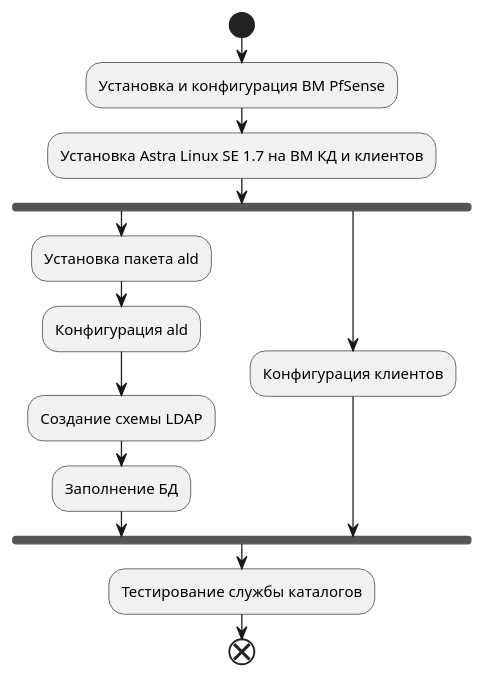
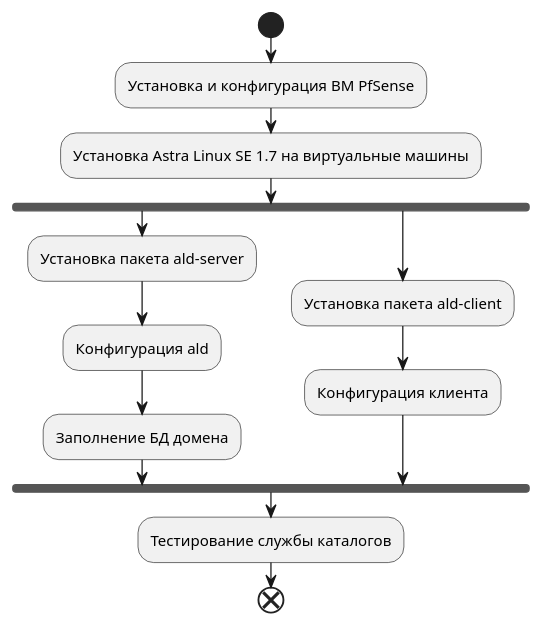
Before and after one commit to baksist/thesis-plantuml-diagrams: the diagram in model.puml, drawn with PlantUML. The commit also changed 1 other file, not shown here.

```diff
--- a/model.puml
+++ b/model.puml
@@ -1,16 +1,16 @@
 @startuml model
 
 start
 :Установка и конфигурация ВМ PfSense;
-:Установка Astra Linux SE 1.7 на ВМ КД и клиентов;
+:Установка Astra Linux SE 1.7 на виртуальные машины;
 fork
-:Установка пакета ald;
+:Установка пакета ald-server;
 :Конфигурация ald;
-:Создание схемы LDAP;
-:Заполнение БД;
+:Заполнение БД домена;
 fork again
-:Конфигурация клиентов;
+:Установка пакета ald-client;
+:Конфигурация клиента;
 end fork
 :Тестирование службы каталогов;
 end 
 @enduml
```
